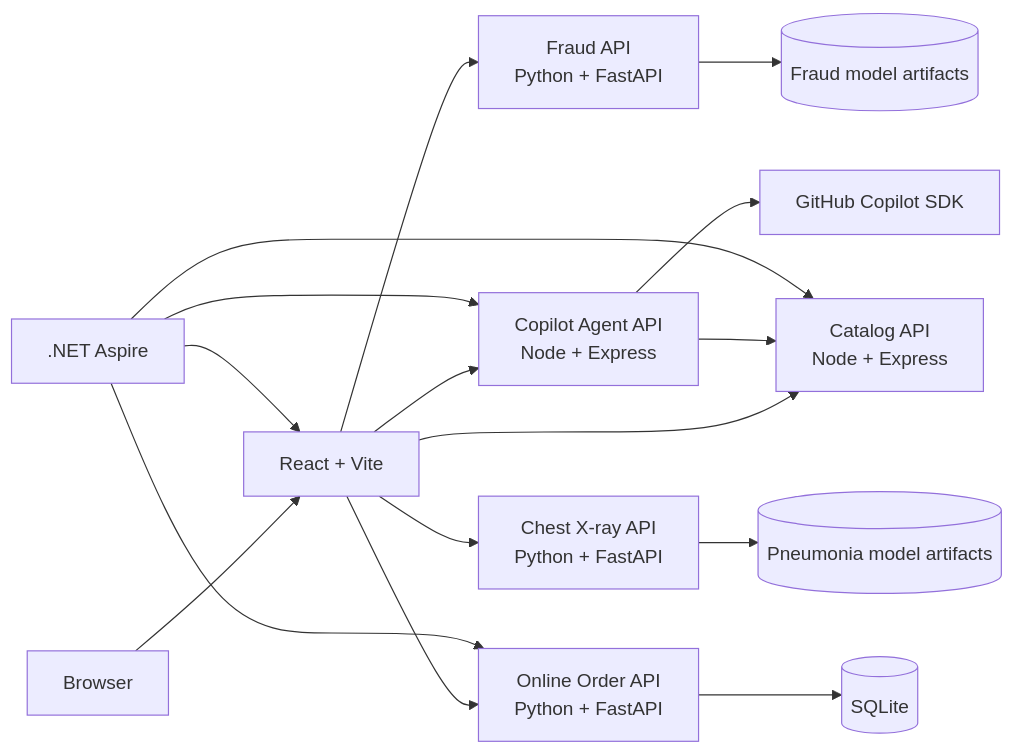
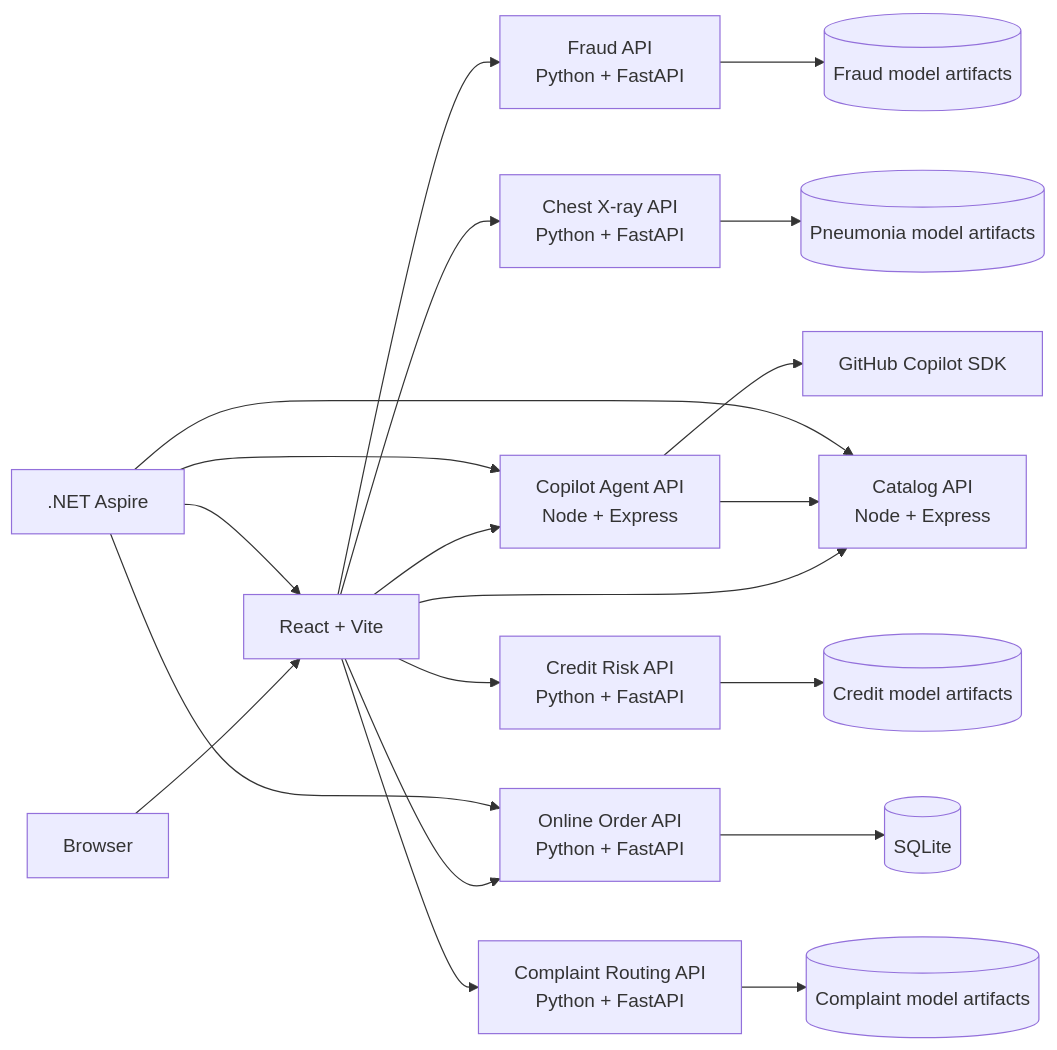
The diagram in README.md (maoyuexin/applied-ai-studio), drawn with Mermaid before and after one commit. The commit also changed other lines of this file and 85 other files, not shown here.

````diff
--- a/README.md
+++ b/README.md
@@ -38,18 +40,22 @@
 ```mermaid
 flowchart LR
     Browser[Browser] --> Web[React + Vite]
     Web --> Catalog[Catalog API<br/>Node + Express]
     Web --> Agent[Copilot Agent API<br/>Node + Express]
     Web --> Orders[Online Order API<br/>Python + FastAPI]
     Web --> Fraud[Fraud API<br/>Python + FastAPI]
     Web --> Pneumonia[Chest X-ray API<br/>Python + FastAPI]
+    Web --> Credit[Credit Risk API<br/>Python + FastAPI]
+    Web --> Complaints[Complaint Routing API<br/>Python + FastAPI]
     Agent --> Copilot[GitHub Copilot SDK]
     Agent --> Catalog
     Orders --> SQLite[(SQLite)]
     Fraud --> FraudArtifacts[(Fraud model artifacts)]
     Pneumonia --> ImageArtifacts[(Pneumonia model artifacts)]
+    Credit --> CreditArtifacts[(Credit model artifacts)]
+    Complaints --> ComplaintArtifacts[(Complaint model artifacts)]
     Aspire[.NET Aspire] --> Web
     Aspire --> Catalog
     Aspire --> Agent
     Aspire --> Orders
 ```
````
